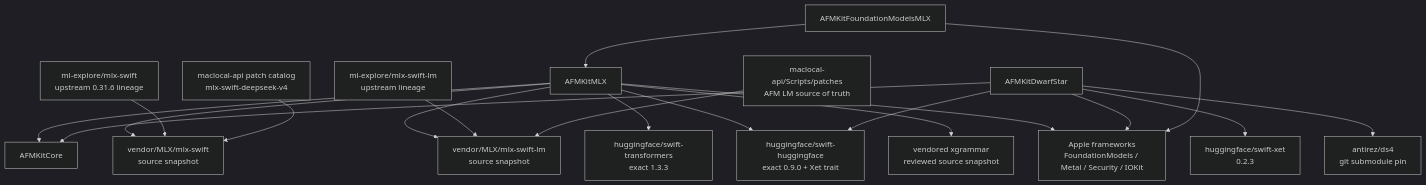
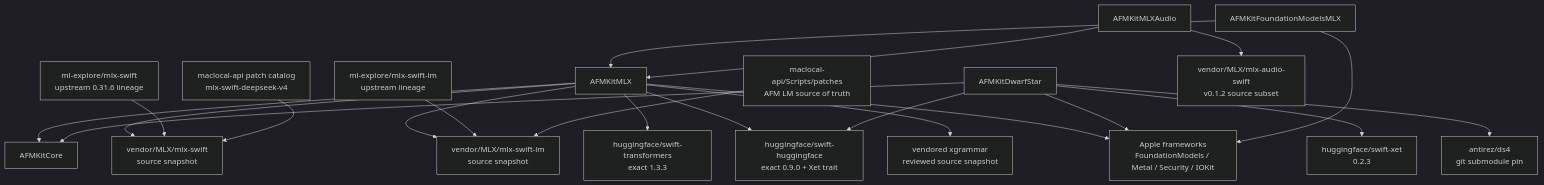
Before and after one commit to scouzi1966/AFMKit: the diagram in Architecture/06-external-dependencies.md, drawn with Mermaid (dark theme). The commit also changed other lines of this file and 94 other files, not shown here.

First line of the commit message:
Add AFMKit MLX audio backend

````diff
--- a/Architecture/06-external-dependencies.md
+++ b/Architecture/06-external-dependencies.md
@@ -12,38 +12,42 @@
 ```mermaid
 flowchart TB
     Core["AFMKitCore"]
     MLX["AFMKitMLX"]
+    Audio["AFMKitMLXAudio"]
     DS["AFMKitDwarfStar"]
     FMMLX["AFMKitFoundationModelsMLX"]
     UpstreamMLX["ml-explore/mlx-swift\nupstream 0.31.6 lineage"]
     UpstreamLM["ml-explore/mlx-swift-lm\nupstream lineage"]
     RuntimePatches["maclocal-api patch catalog\nmlx-swift-deepseek-v4"]
     LMPatches["maclocal-api/Scripts/patches\nAFM LM source of truth"]
     MLXSwift["vendor/MLX/mlx-swift\nsource snapshot"]
     MLXLM["vendor/MLX/mlx-swift-lm\nsource snapshot"]
+    MLXAudio["vendor/MLX/mlx-audio-swift\nv0.1.2 source subset"]
     Transformers["huggingface/swift-transformers\nexact 1.3.3"]
     HF["huggingface/swift-huggingface\nexact 0.9.0 + Xet trait"]
     Xet["huggingface/swift-xet\n0.2.3"]
     XGrammar["vendored xgrammar\nreviewed source snapshot"]
     Dwarf["antirez/ds4\ngit submodule pin"]
     Apple["Apple frameworks\nFoundationModels / Metal / Security / IOKit"]
 
     MLX --> Core
     FMMLX --> MLX
     DS --> Core
     MLX --> MLXSwift
     MLX --> MLXLM
+    Audio --> MLX
+    Audio --> MLXAudio
     UpstreamMLX --> MLXSwift
     RuntimePatches --> MLXSwift
     UpstreamLM --> MLXLM
     LMPatches --> MLXLM
     MLX --> Transformers
     MLX --> HF
     MLX --> XGrammar
     DS --> HF
     DS --> Xet
     DS --> Dwarf
     MLX --> Apple
     DS --> Apple
     FMMLX --> Apple
 ```
````
